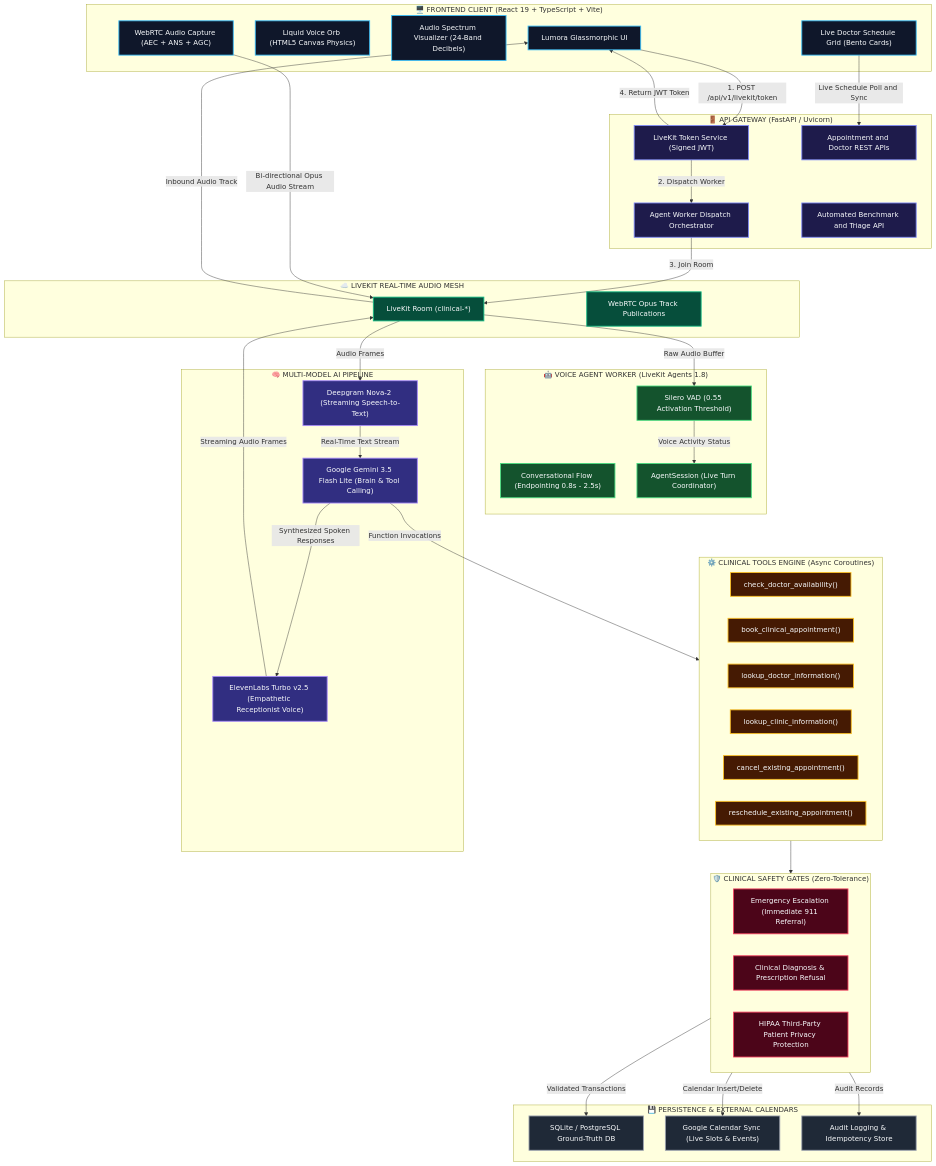
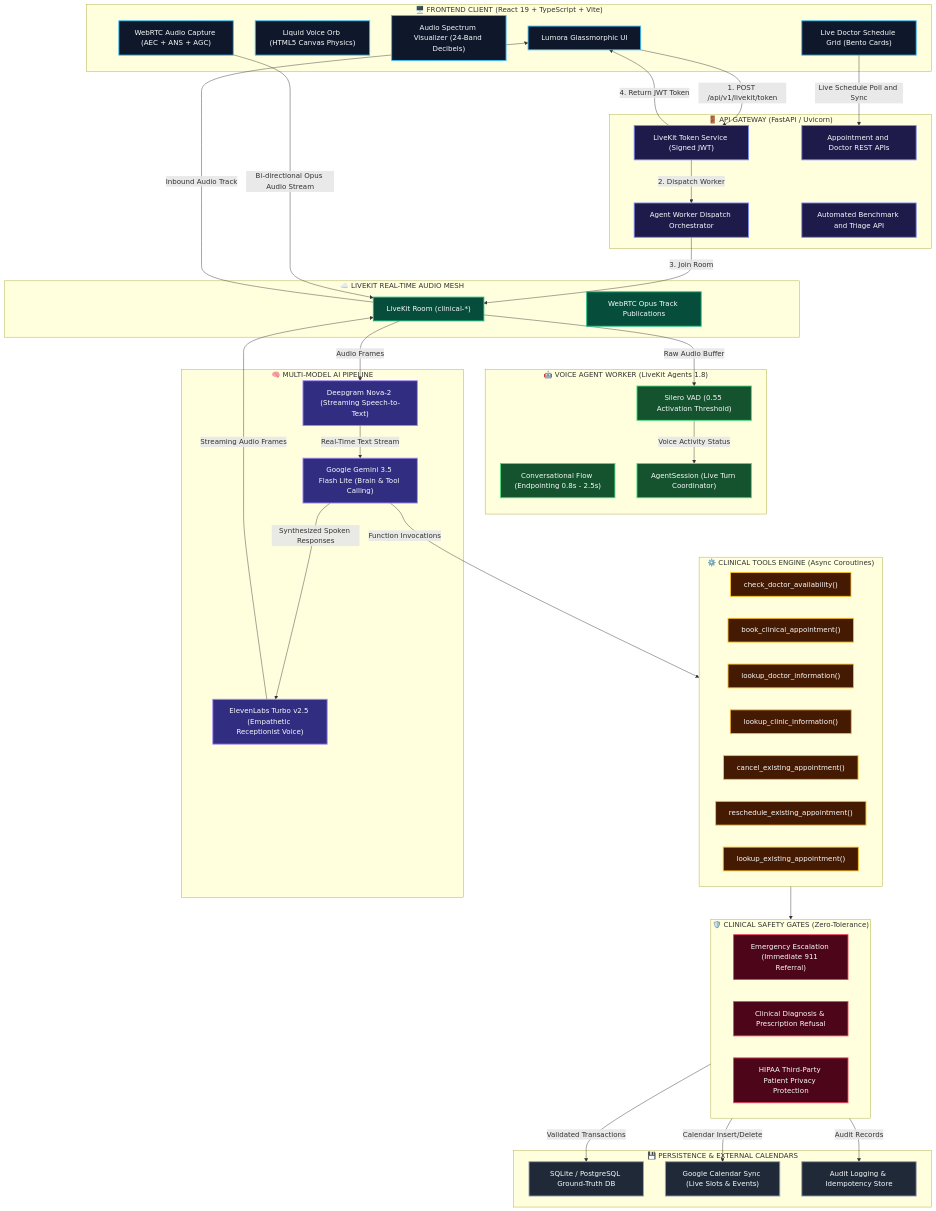
The first of 4 diagrams in README.md (Naresh-Kumar17/Voice_Agent), drawn with Mermaid before and after one commit. The commit also changed other lines of this file, not shown here.

Commit message:
docs(readme): fix Mermaid flowchart edge label syntax and update tool count

```diff
--- a/README.md
+++ b/README.md
@@ -108,6 +108,7 @@
         T4["lookup_clinic_information()"]:::toolStyle
         T5["cancel_existing_appointment()"]:::toolStyle
         T6["reschedule_existing_appointment()"]:::toolStyle
+        T7["lookup_existing_appointment()"]:::toolStyle
     end
 
     subgraph Safety["🛡️ CLINICAL SAFETY GATES (Zero-Tolerance)"]
```
